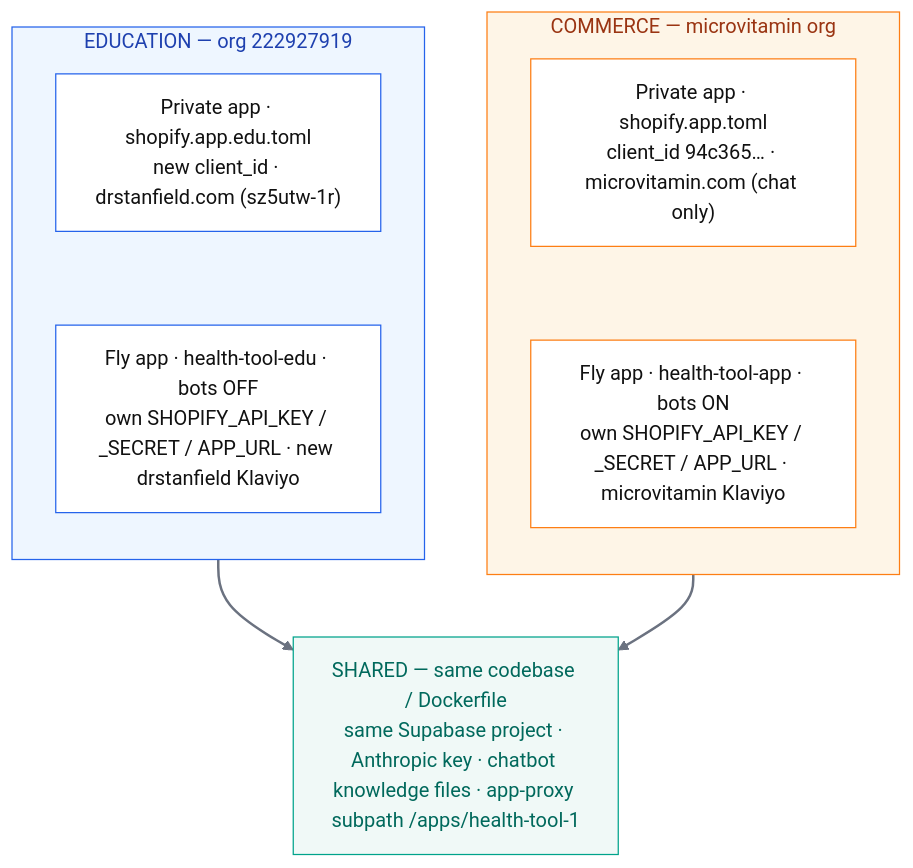
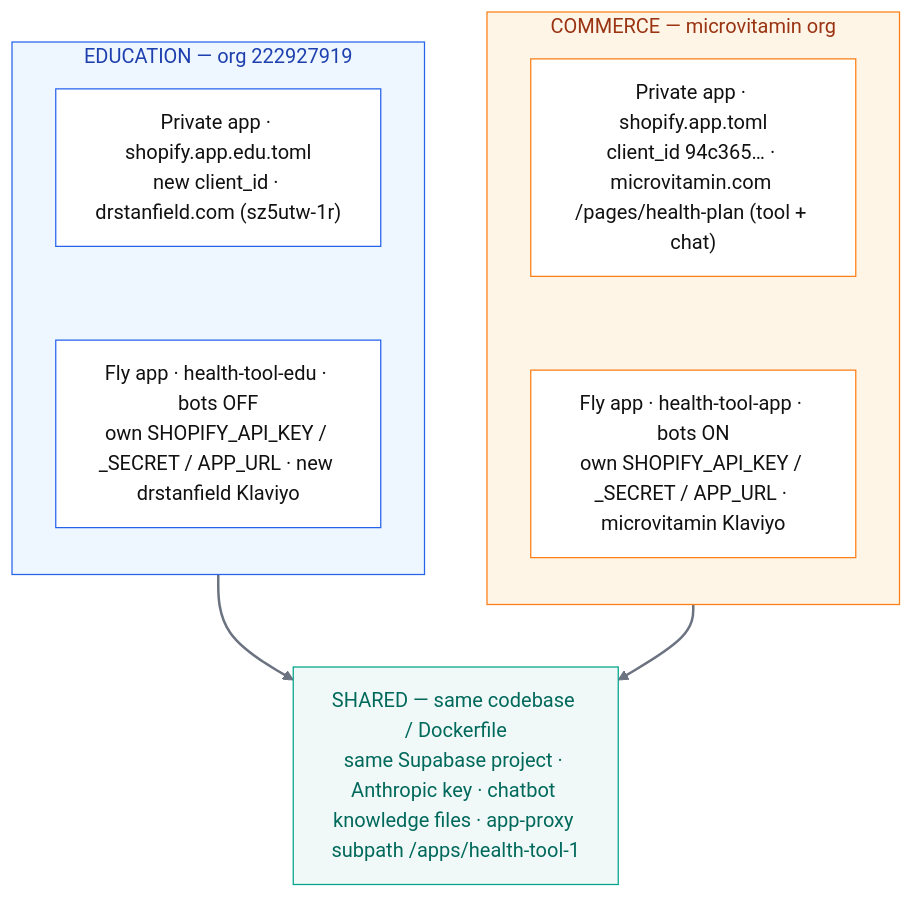
The second of 2 diagrams in docs/architecture-v2/ops-deployment.md (DrBradStanfield/roadmap), drawn with Mermaid before and after one commit. The commit also changed 21 other files, not shown here.

````diff
--- a/docs/architecture-v2/ops-deployment.md
+++ b/docs/architecture-v2/ops-deployment.md
@@ -68,30 +68,30 @@
 ```mermaid
 flowchart TB
   %% COMMERCE column
   subgraph COM["COMMERCE — microvitamin org"]
     direction TB
-    CA["Private app · shopify.app.toml<br/>client_id 94c365… · microvitamin.com (chat only)"]
+    CA["Private app · shopify.app.toml<br/>client_id 94c365… · microvitamin.com /pages/health-plan (tool + chat)"]
     CF["Fly app · health-tool-app · bots ON<br/>own SHOPIFY_API_KEY / _SECRET / APP_URL · microvitamin Klaviyo"]
     CA ~~~ CF
   end
   %% EDUCATION column
   subgraph EDU["EDUCATION — org 222927919"]
     direction TB
     EA["Private app · shopify.app.edu.toml<br/>new client_id · drstanfield.com (sz5utw-1r)"]
     EF["Fly app · health-tool-edu · bots OFF<br/>own SHOPIFY_API_KEY / _SECRET / APP_URL · new drstanfield Klaviyo"]
     EA ~~~ EF
   end
   %% SHARED bar
   SH["SHARED — same codebase / Dockerfile<br/>same Supabase project · Anthropic key · chatbot knowledge files · app-proxy subpath /apps/health-tool-1"]
   CF --> SH
   EF --> SH
   linkStyle 2,3 stroke:#6b7280,stroke-width:2px
   classDef orange fill:#ffffff,stroke:#fd7e14,color:#111
   classDef blue fill:#ffffff,stroke:#2563eb,color:#111
   classDef teal fill:#f0f9f7,stroke:#00a38b,color:#00695c
   class CA,CF orange
   class EA,EF blue
   class SH teal
   style COM fill:#fef5e7,stroke:#fd7e14,color:#9a3412
   style EDU fill:#eef6ff,stroke:#2563eb,color:#1e40af
 ```
````
